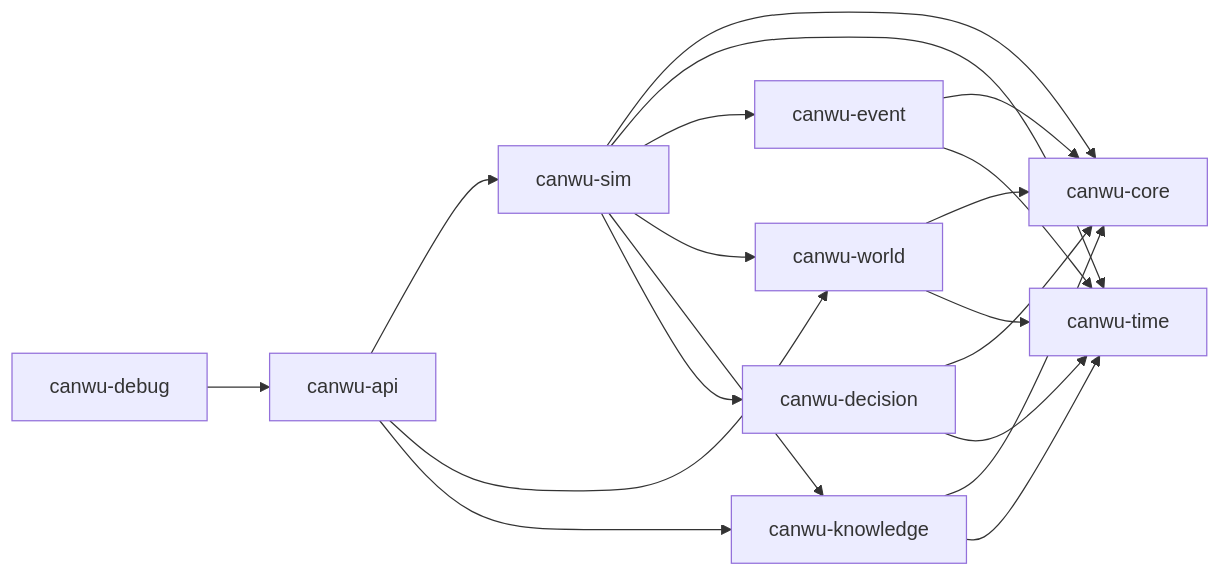
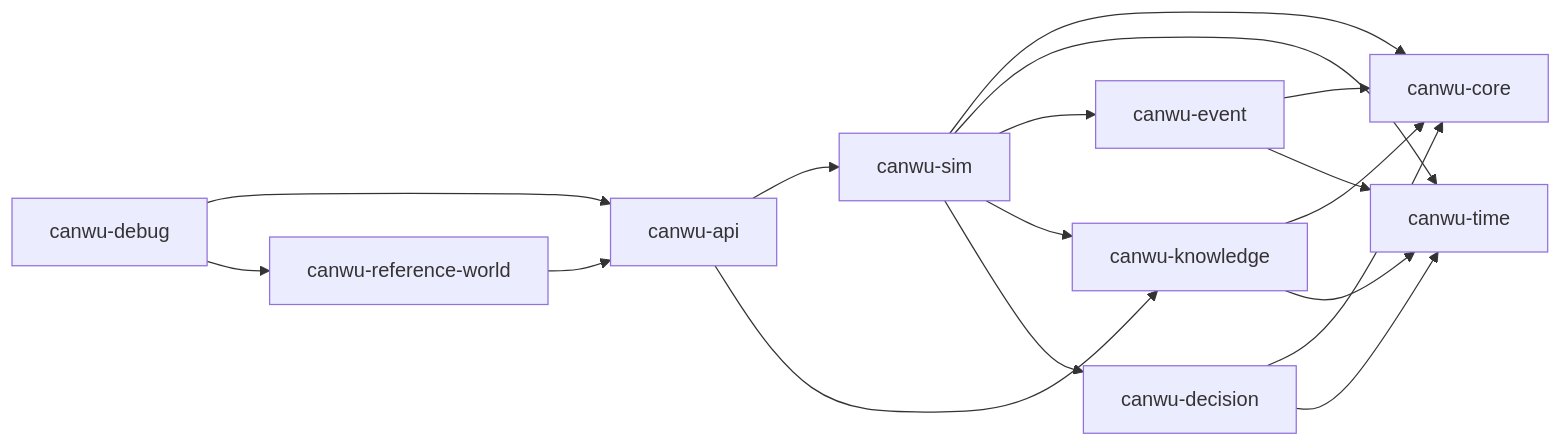
The fifth of 6 diagrams in docs/architecture.md (PeiyuanQi/canwu), drawn with Mermaid before and after one commit. The commit also changed other lines of this file and 81 other files, not shown here.

Commit message:
refactor: migrate reference world out of core model

````diff
--- a/docs/architecture.md
+++ b/docs/architecture.md
@@ -268,31 +265,29 @@
 ```mermaid
 flowchart LR
     core[canwu-core]
     time[canwu-time]
     event[canwu-event]
-    world[canwu-world]
+    reference_world[canwu-reference-world]
     knowledge[canwu-knowledge]
     decision[canwu-decision]
     sim[canwu-sim]
     api[canwu-api]
     debug[canwu-debug]
 
     event --> core
     event --> time
-    world --> core
-    world --> time
     knowledge --> core
     knowledge --> time
     decision --> core
     decision --> time
     sim --> core
     sim --> time
     sim --> event
-    sim --> world
     sim --> knowledge
     sim --> decision
     api --> sim
-    api --> world
+    reference_world --> api
     api --> knowledge
     debug --> api
+    debug --> reference_world
 ```
````
